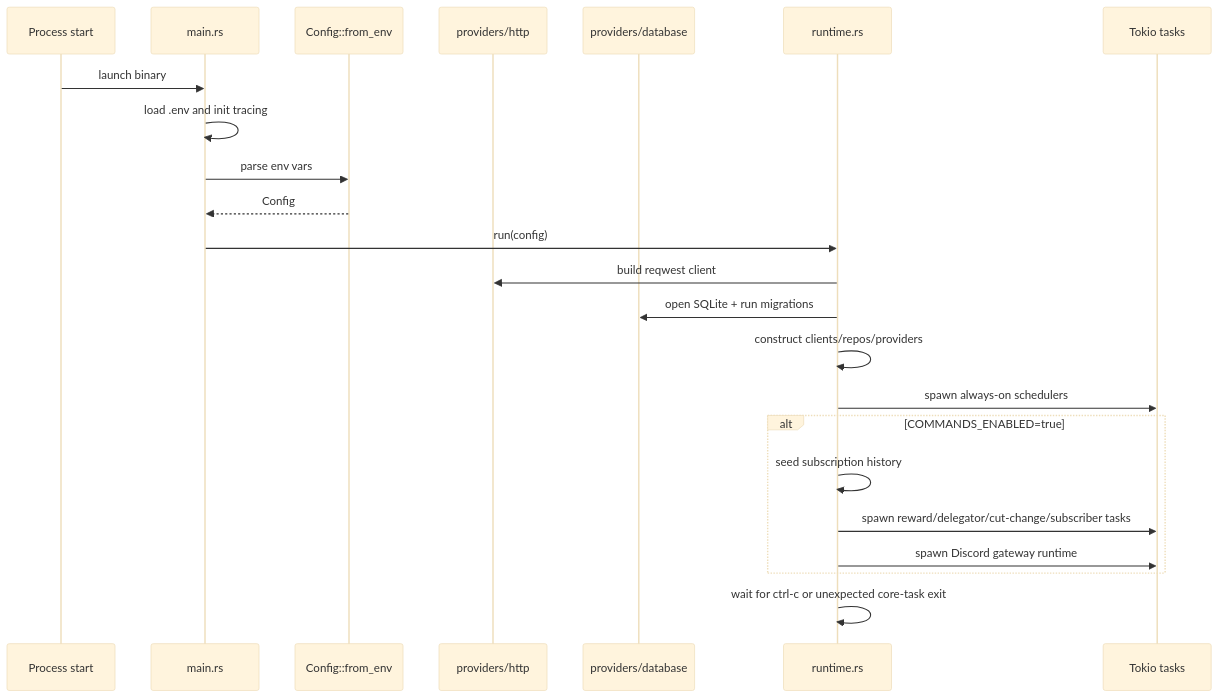
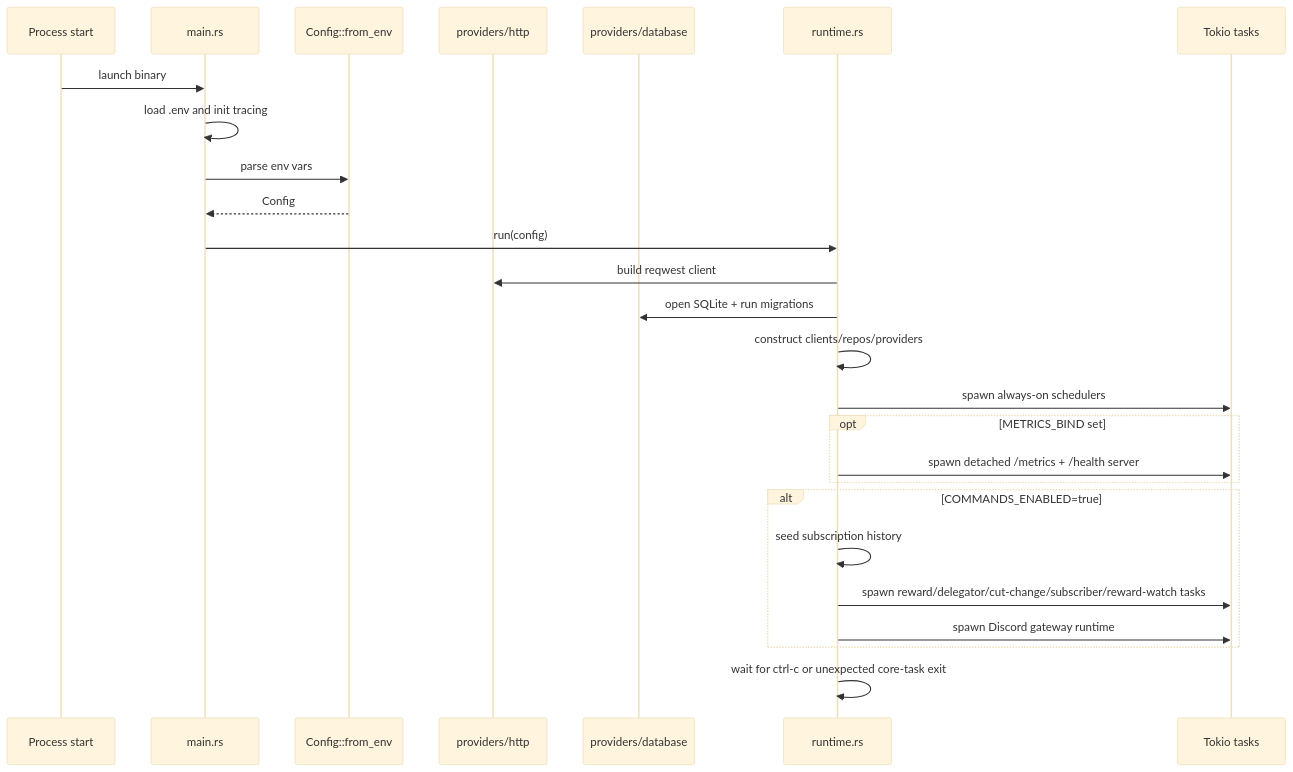
One commit to Cloud-SPE/livepeer-network-bot changed the third of 10 diagrams in docs/design-docs/architecture.md. Above: the diagram before and after it, drawn with Mermaid (base theme). The commit also changed other lines of this file and 8 other files, not shown here.

````diff
--- a/docs/design-docs/architecture.md
+++ b/docs/design-docs/architecture.md
@@ -167,26 +173,29 @@
 ```mermaid
 sequenceDiagram
     participant OS as Process start
     participant Main as main.rs
     participant Config as Config::from_env
     participant HTTP as providers/http
     participant DB as providers/database
     participant Runtime as runtime.rs
     participant Tasks as Tokio tasks
 
     OS->>Main: launch binary
     Main->>Main: load .env and init tracing
     Main->>Config: parse env vars
     Config-->>Main: Config
     Main->>Runtime: run(config)
     Runtime->>HTTP: build reqwest client
     Runtime->>DB: open SQLite + run migrations
     Runtime->>Runtime: construct clients/repos/providers
     Runtime->>Tasks: spawn always-on schedulers
+    opt METRICS_BIND set
+        Runtime->>Tasks: spawn detached /metrics + /health server
+    end
     alt COMMANDS_ENABLED=true
         Runtime->>Runtime: seed subscription history
-        Runtime->>Tasks: spawn reward/delegator/cut-change/subscriber tasks
+        Runtime->>Tasks: spawn reward/delegator/cut-change/subscriber/reward-watch tasks
         Runtime->>Tasks: spawn Discord gateway runtime
     end
     Runtime->>Runtime: wait for ctrl-c or unexpected core-task exit
 ```
````
